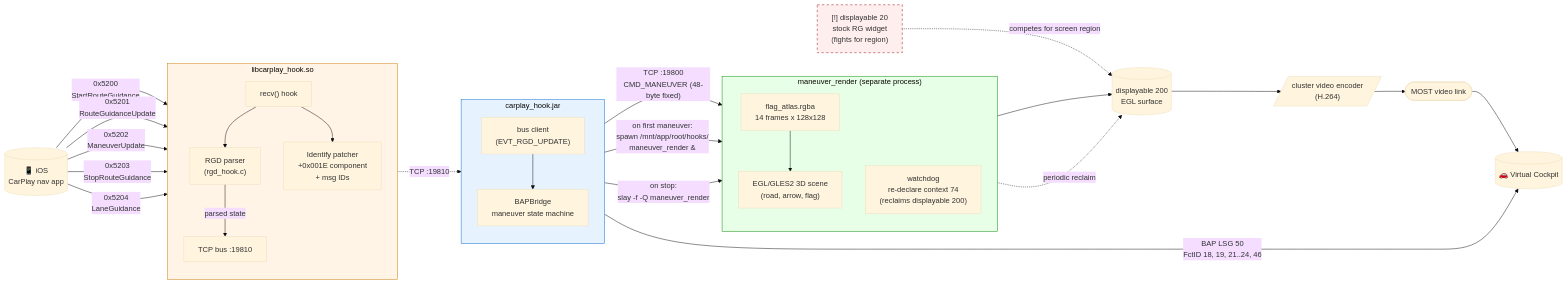
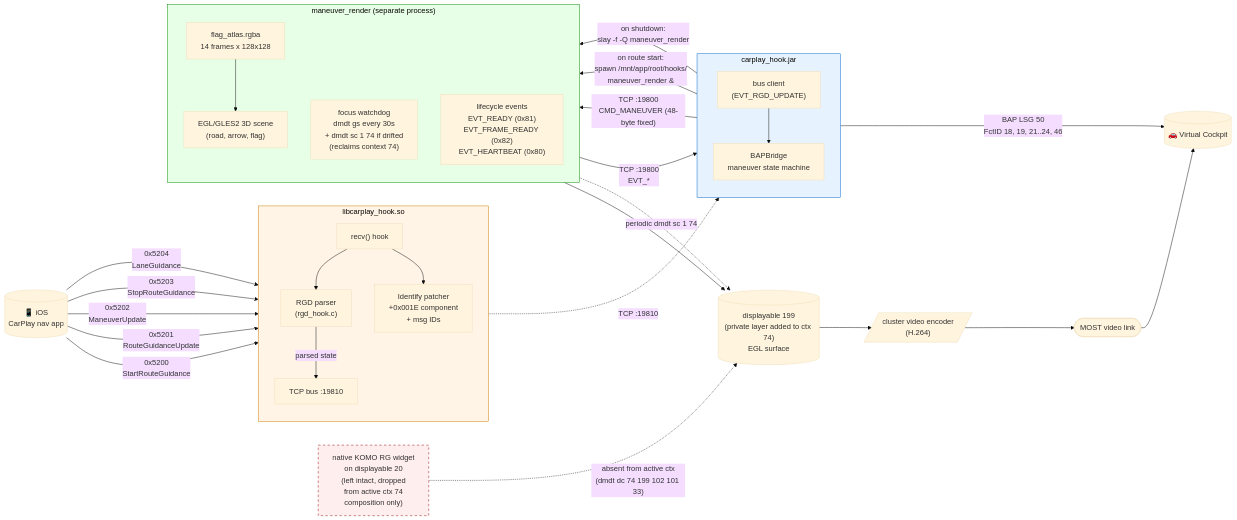
One commit to luka-dev/mib2q-carplay-rgi changed the third of 9 diagrams in README.md. Above: the diagram before and after it, drawn with Mermaid (base theme). The commit also changed other lines of this file and 5 other files, not shown here.

Commit message:
refactor: introduce private displayable layer 199 for improved cluster context management

````diff
--- a/README.md
+++ b/README.md
@@ -228,59 +289,61 @@
 ```mermaid
 flowchart LR
     iOS[("📱 iOS<br/>CarPlay nav app")]
 
     subgraph hookbox["libcarplay_hook.so"]
         direction TB
         recv["recv() hook"]
         rgd["RGD parser<br/>(rgd_hook.c)"]
         idpatch["Identify patcher<br/>+0x001E component<br/>+ msg IDs"]
         bus["TCP bus :19810"]
     end
 
     subgraph javabox["carplay_hook.jar"]
         direction TB
         bridge["BAPBridge<br/>maneuver state machine"]
         bus_cli["bus client<br/>(EVT_RGD_UPDATE)"]
     end
 
     subgraph rendbox["maneuver_render (separate process)"]
         direction TB
         atlas["flag_atlas.rgba<br/>14 frames x 128x128"]
         render["EGL/GLES2 3D scene<br/>(road, arrow, flag)"]
-        wd["watchdog<br/>re-declare context 74<br/>(reclaims displayable 200)"]
+        wd["focus watchdog<br/>dmdt gs every 30s<br/>+ dmdt sc 1 74 if drifted<br/>(reclaims context 74)"]
+        ready["lifecycle events<br/>EVT_READY (0x81)<br/>EVT_FRAME_READY (0x82)<br/>EVT_HEARTBEAT (0x80)"]
     end
 
-    surf[("displayable 200<br/>EGL surface")]
+    surf[("displayable 199<br/>(private layer added to ctx 74)<br/>EGL surface")]
     enc[/"cluster video encoder<br/>(H.264)"/]
     most([MOST video link])
     vc[("🚗 Virtual Cockpit")]
-    stock["[!] displayable 20<br/>stock RG widget<br/>(fights for region)"]:::stock
+    native["native KOMO RG widget<br/>on displayable 20<br/>(left intact, dropped<br/>from active ctx 74<br/>composition only)"]:::stock
 
     iOS -->|"0x5200<br/>StartRouteGuidance"| recv
     iOS -->|"0x5201<br/>RouteGuidanceUpdate"| recv
     iOS -->|"0x5202<br/>ManeuverUpdate"| recv
     iOS -->|"0x5203<br/>StopRouteGuidance"| recv
     iOS -->|"0x5204<br/>LaneGuidance"| recv
 
     recv --> rgd
     recv --> idpatch
     rgd -->|"parsed state"| bus
     bus -.->|"TCP :19810"| bus_cli
     bus_cli --> bridge
 
-    bridge -->|"on first maneuver:<br/>spawn /mnt/app/root/hooks/<br/>maneuver_render &"| rendbox
-    bridge -->|"on stop:<br/>slay -f -Q maneuver_render"| rendbox
+    bridge -->|"on route start:<br/>spawn /mnt/app/root/hooks/<br/>maneuver_render &"| rendbox
+    bridge -->|"on shutdown:<br/>slay -f -Q maneuver_render"| rendbox
     bridge -->|"TCP :19800<br/>CMD_MANEUVER (48-byte fixed)"| render
+    ready -->|"TCP :19800<br/>EVT_*"| bridge
     bridge -->|"BAP LSG 50<br/>FctID 18, 19, 21..24, 46"| vc
 
     atlas --> render
     render --> surf
     surf --> enc --> most --> vc
-    wd -. "periodic reclaim" .-> surf
-    stock -. "competes for screen region" .-> surf
+    wd -. "periodic dmdt sc 1 74" .-> surf
+    native -. "absent from active ctx<br/>(dmdt dc 74 199 102 101 33)" .-> surf
 
     classDef stock fill:#fee,stroke:#900,stroke-dasharray: 5 5
     style hookbox fill:#fff4e6,stroke:#cc7700
     style javabox fill:#e6f3ff,stroke:#0066cc
     style rendbox fill:#e6ffe6,stroke:#008800
 ```
````
